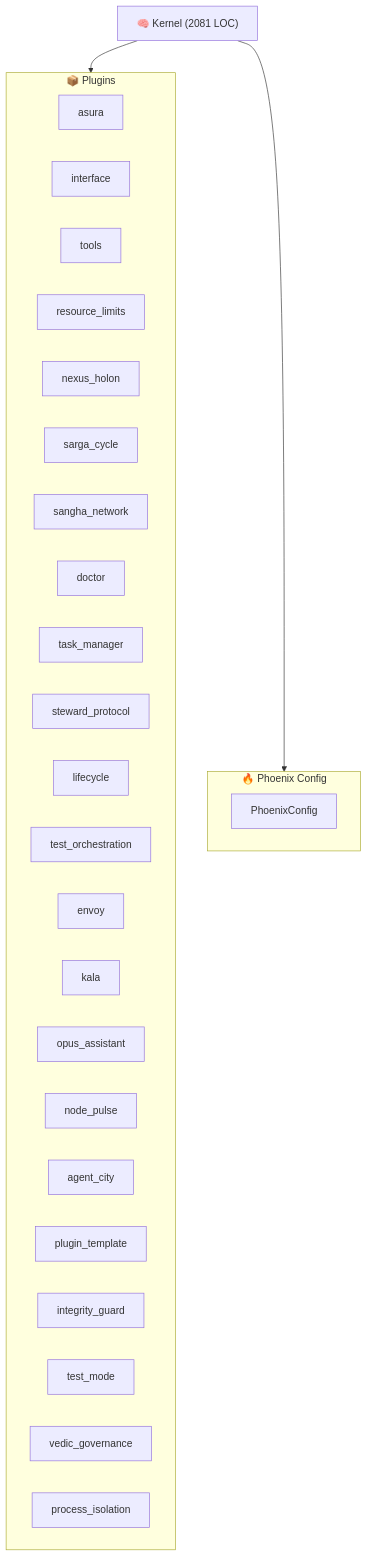
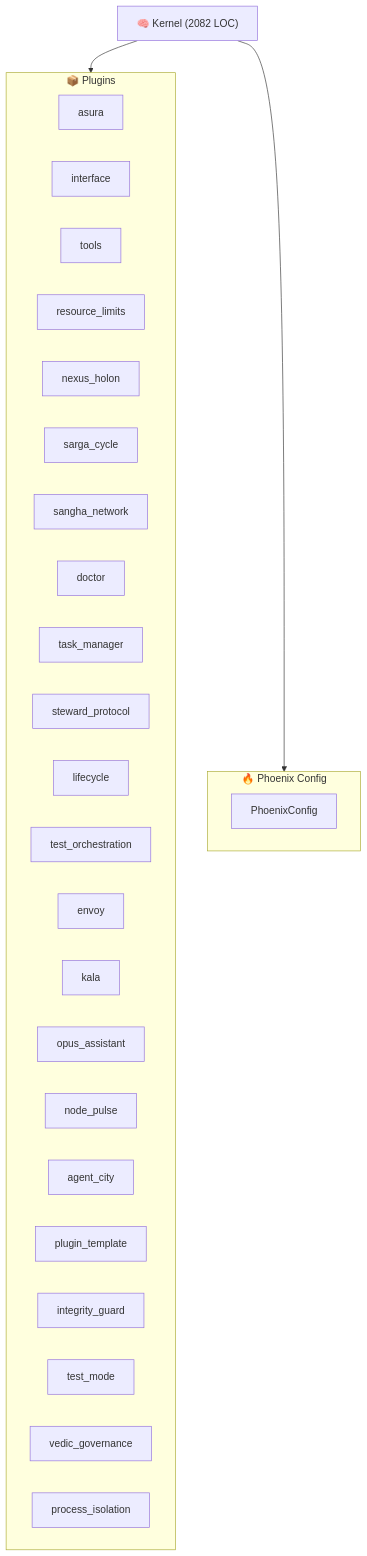
Before and after one commit to kimeisele/steward-protocol: the diagram in ARCHITECTURE.md, drawn with Mermaid. The commit also changed other lines of this file and 23 other files, not shown here.

````diff
--- a/ARCHITECTURE.md
+++ b/ARCHITECTURE.md
@@ -8,33 +8,33 @@
 ```mermaid
 graph TB
-    K["🧠 Kernel (2081 LOC)"]
+    K["🧠 Kernel (2082 LOC)"]
     subgraph Plugins["📦 Plugins"]
         P_asura["asura"]
         P_interface["interface"]
         P_tools["tools"]
         P_resource_limits["resource_limits"]
         P_nexus_holon["nexus_holon"]
         P_sarga_cycle["sarga_cycle"]
         P_sangha_network["sangha_network"]
         P_doctor["doctor"]
         P_task_manager["task_manager"]
         P_steward_protocol["steward_protocol"]
         P_lifecycle["lifecycle"]
         P_test_orchestration["test_orchestration"]
         P_envoy["envoy"]
         P_kala["kala"]
         P_opus_assistant["opus_assistant"]
         P_node_pulse["node_pulse"]
         P_agent_city["agent_city"]
         P_plugin_template["plugin_template"]
         P_integrity_guard["integrity_guard"]
         P_test_mode["test_mode"]
         P_vedic_governance["vedic_governance"]
         P_process_isolation["process_isolation"]
     end
     K --> Plugins
     subgraph Config["🔥 Phoenix Config"]
         PC[PhoenixConfig]
     end
     K --> Config
 ```
````
